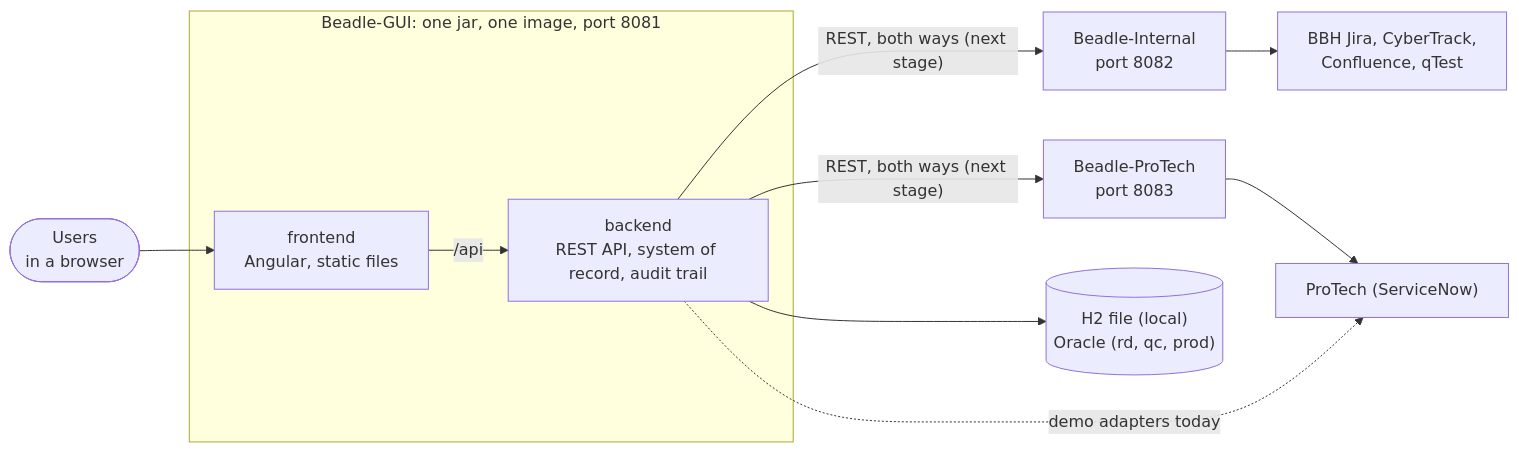
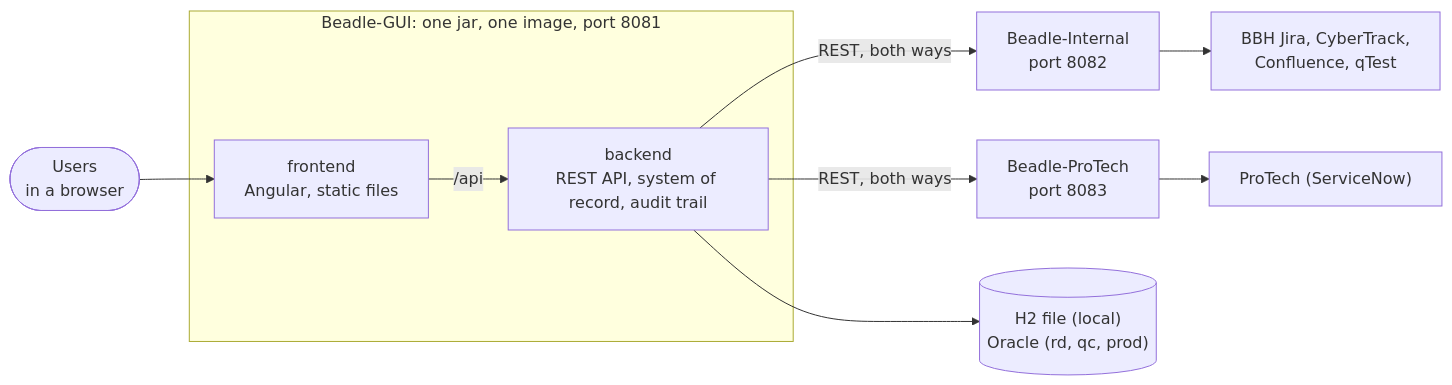
Before and after one commit to mateuszmatan/Beadle-GUI: the first of 3 diagrams in README.md, drawn with Mermaid. The commit also changed other lines of this file and 60 other files, not shown here.

First line of the commit message:
Call Beadle-Internal and Beadle-ProTech over REST and take their callbacks

````diff
--- a/README.md
+++ b/README.md
@@ -631,21 +661,20 @@
 ```mermaid
 flowchart LR
     users(["Users<br/>in a browser"])
     subgraph gui["Beadle-GUI: one jar, one image, port 8081"]
         frontend["frontend<br/>Angular, static files"]
         backend["backend<br/>REST API, system of record, audit trail"]
         frontend -- "/api" --> backend
     end
     internal["Beadle-Internal<br/>port 8082"]
     protechsvc["Beadle-ProTech<br/>port 8083"]
     db[("H2 file (local)<br/>Oracle (rd, qc, prod)")]
     systems["BBH Jira, CyberTrack,<br/>Confluence, qTest"]
     protech["ProTech (ServiceNow)"]
     users --> frontend
     backend --> db
-    backend -- "REST, both ways (next stage)" --> internal
-    backend -- "REST, both ways (next stage)" --> protechsvc
+    backend -- "REST, both ways" --> internal
+    backend -- "REST, both ways" --> protechsvc
     internal --> systems
     protechsvc --> protech
-    backend -. "demo adapters today" .-> protech
 ```
````
